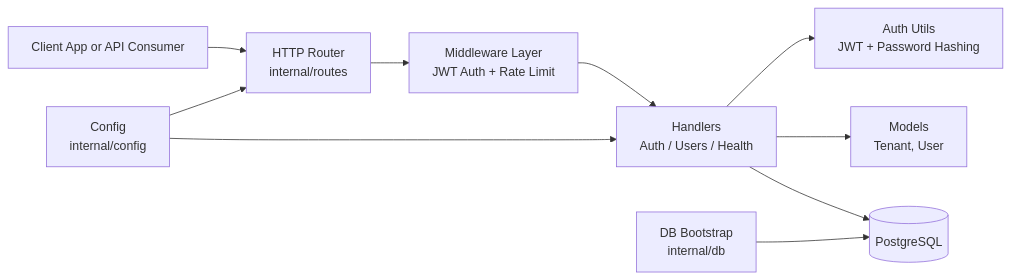
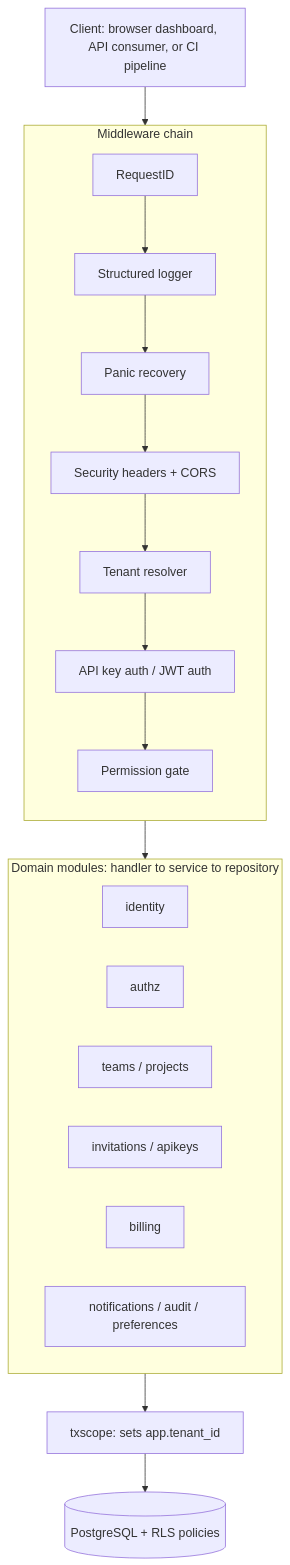
One commit to satyamsingh5512/Saas-Backend changed the first of 3 diagrams in README.md. Above: the diagram before and after it, drawn with Mermaid. The commit also changed other lines of this file, not shown here.

````diff
--- a/README.md
+++ b/README.md
@@ -23,12 +36,30 @@
 ```mermaid
-flowchart LR
-      C[Client App or API Consumer] --> R[HTTP Router\ninternal/routes]
-      R --> MW[Middleware Layer\nJWT Auth + Rate Limit]
-      MW --> H[Handlers\nAuth / Users / Health]
-      H --> A[Auth Utils\nJWT + Password Hashing]
-      H --> M[Models\nTenant, User]
-      H --> DB[(PostgreSQL)]
-      CFG[Config\ninternal/config] --> R
-      CFG --> H
-      DBX[DB Bootstrap\ninternal/db] --> DB
+flowchart TB
+      C[Client: browser dashboard, API consumer, or CI pipeline]
+
+      subgraph MW[Middleware chain]
+        direction TB
+        RID[RequestID] --> LOG[Structured logger]
+        LOG --> REC[Panic recovery]
+        REC --> SEC[Security headers + CORS]
+        SEC --> TEN[Tenant resolver]
+        TEN --> AUTH[API key auth / JWT auth]
+        AUTH --> PERM[Permission gate]
+      end
+
+      C --> MW
+
+      subgraph MOD[Domain modules: handler to service to repository]
+        direction LR
+        M1[identity]
+        M2[authz]
+        M3[teams / projects]
+        M4[invitations / apikeys]
+        M5[billing]
+        M6[notifications / audit / preferences]
+      end
+
+      PERM --> MOD
+      MOD --> TX[txscope: sets app.tenant_id]
+      TX --> PG[(PostgreSQL + RLS policies)]
 ```
````
